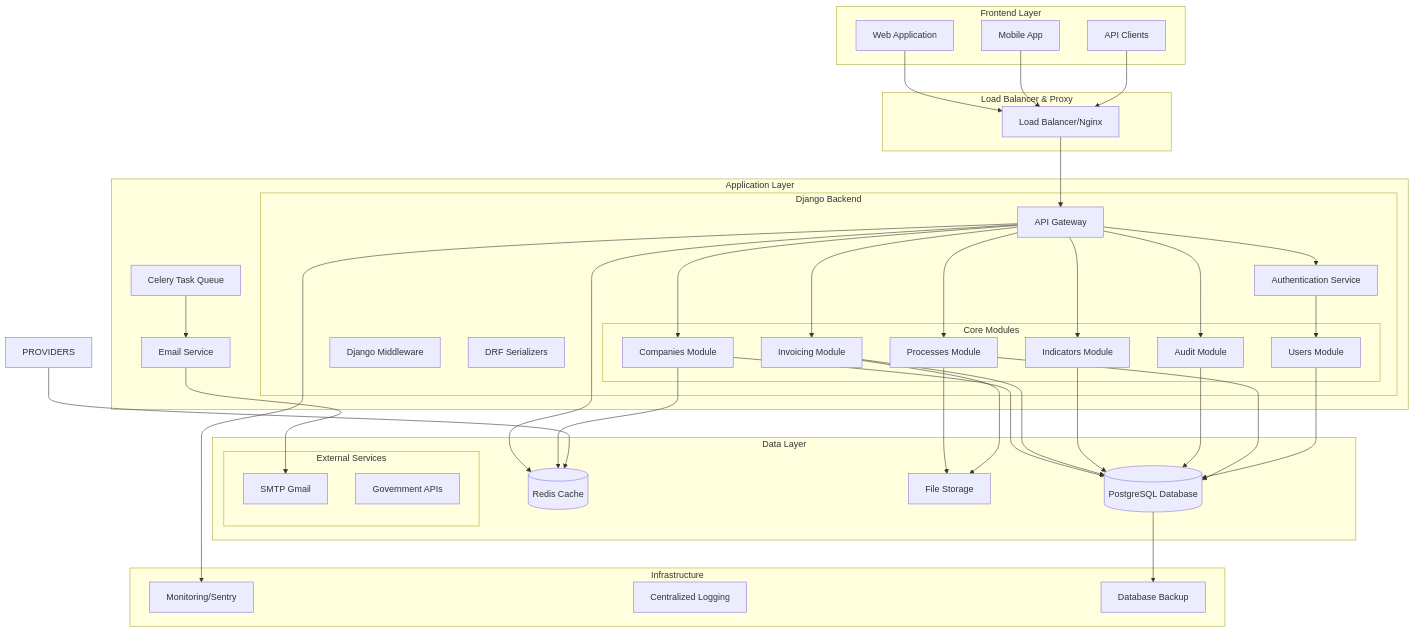
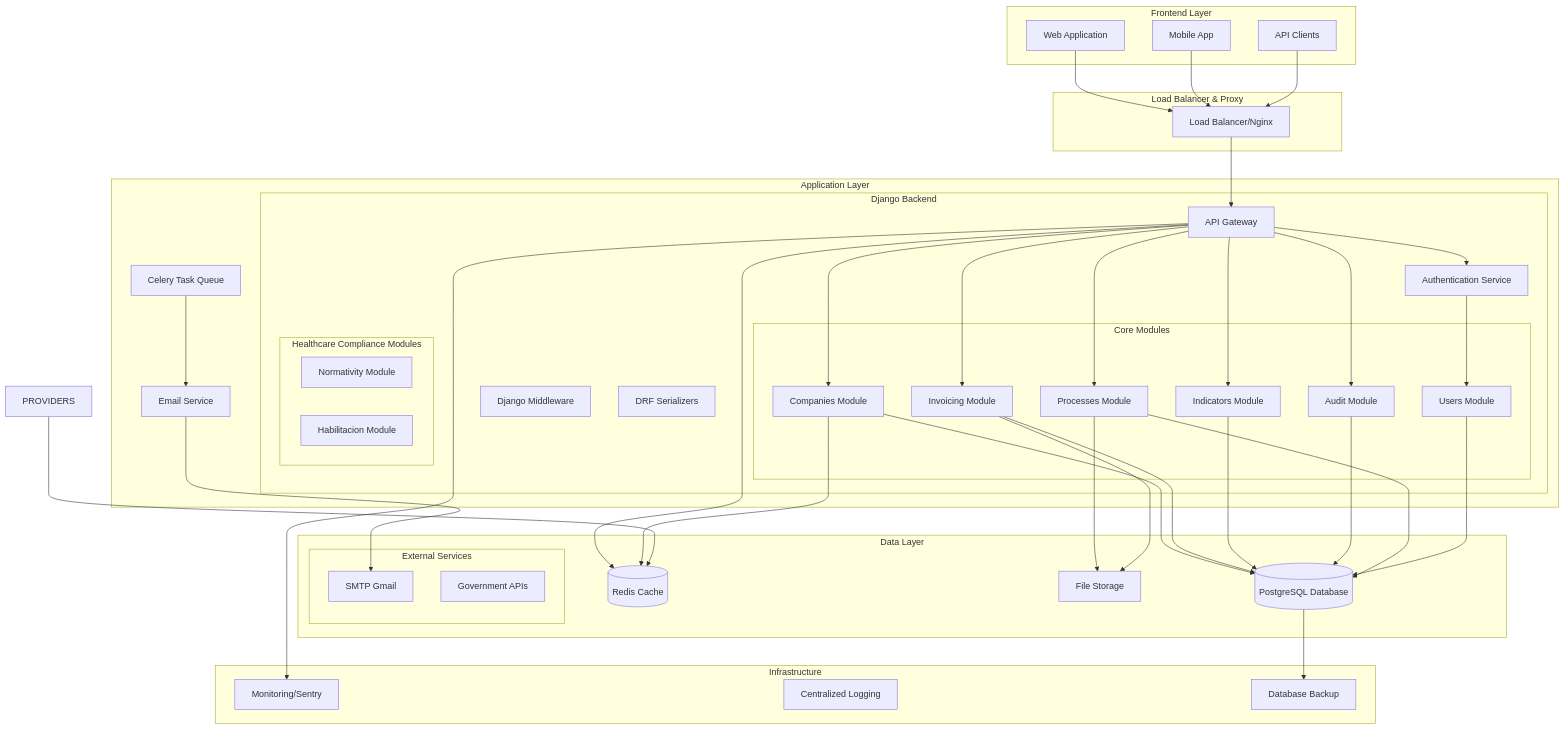
Before and after one commit to Edisonnarvaez/portal_web_backend: the first of 12 diagrams in architecture.md, drawn with Mermaid. The commit also changed other lines of this file and 23 other files, not shown here.

First line of the commit message:
chore: Completar implementación de módulos normativity y habilitacion con tests y documentación

```diff
--- a/architecture.md
+++ b/architecture.md
@@ -34,6 +34,11 @@
                 INDICATORS[Indicators Module]
                 AUDIT[Audit Module]
                 PROCESSES[Processes Module]
+            end
+            
+            subgraph "Healthcare Compliance Modules"
+                NORMATIVITY[Normativity Module]
+                HABILITACION[Habilitacion Module]
             end
             
             MIDDLEWARE[Django Middleware]
```
